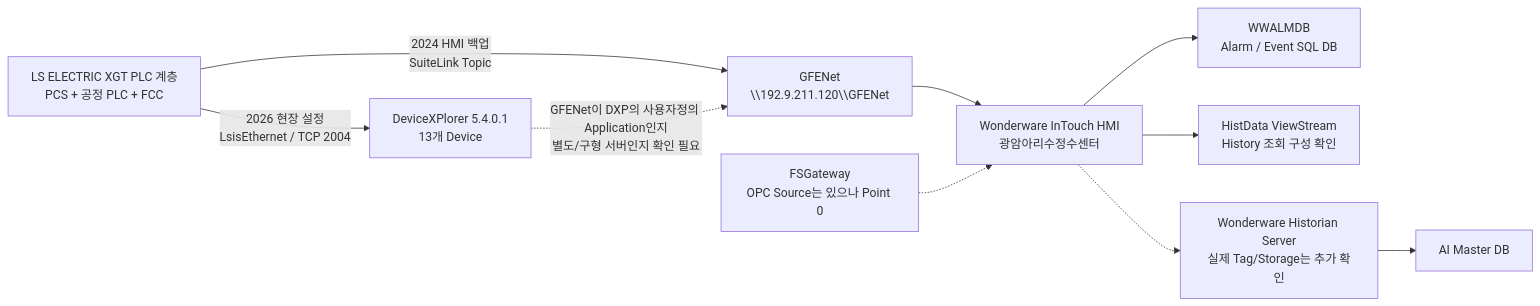
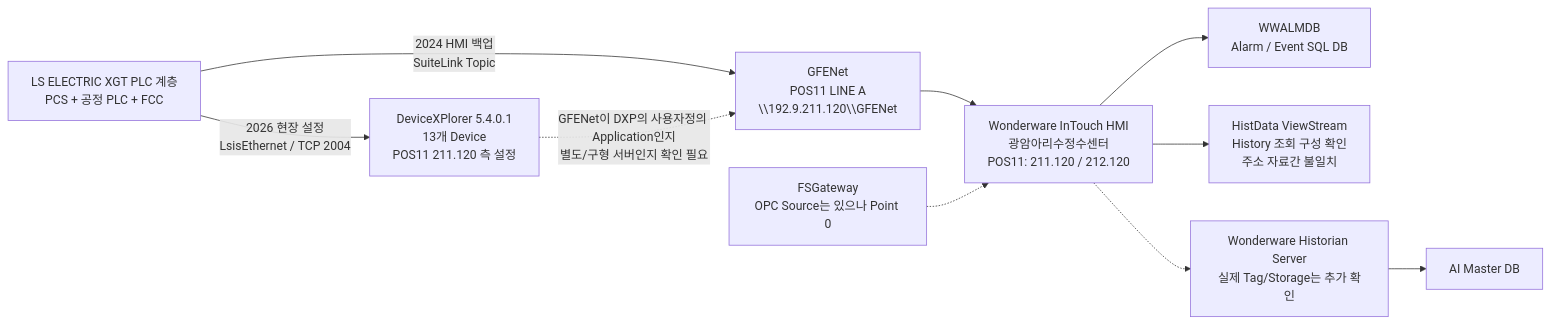
The diagram in 20-Water-AI/광암/00-광암-홈.md (hori5000/Rulmera-OPA), drawn with Mermaid before and after one commit. The commit also changed other lines of this file and 171 other files, not shown here.

````diff
--- a/20-Water-AI/광암/00-광암-홈.md
+++ b/20-Water-AI/광암/00-광암-홈.md
@@ -33,12 +37,12 @@
 ```mermaid
 flowchart LR
-    PLC["LS ELECTRIC XGT PLC 계층<br/>PCS + 공정 PLC + FCC"] -->|"2026 현장 설정<br/>LsisEthernet / TCP 2004"| DXP["DeviceXPlorer 5.4.0.1<br/>13개 Device"]
-    PLC -->|"2024 HMI 백업<br/>SuiteLink Topic"| GF["GFENet<br/>\\192.9.211.120\\GFENet"]
+    PLC["LS ELECTRIC XGT PLC 계층<br/>PCS + 공정 PLC + FCC"] -->|"2026 현장 설정<br/>LsisEthernet / TCP 2004"| DXP["DeviceXPlorer 5.4.0.1<br/>13개 Device<br/>POS11 211.120 측 설정"]
+    PLC -->|"2024 HMI 백업<br/>SuiteLink Topic"| GF["GFENet<br/>POS11 LINE A<br/>\\192.9.211.120\\GFENet"]
     DXP -.->|"GFENet이 DXP의 사용자정의 Application인지<br/>별도/구형 서버인지 확인 필요"| GF
-    GF --> IT["Wonderware InTouch HMI<br/>광암아리수정수센터"]
+    GF --> IT["Wonderware InTouch HMI<br/>광암아리수정수센터<br/>POS11: 211.120 / 212.120"]
     FSG["FSGateway<br/>OPC Source는 있으나 Point 0"] -.-> IT
     IT --> ALM["WWALMDB<br/>Alarm / Event SQL DB"]
-    IT --> HD["HistData ViewStream<br/>History 조회 구성 확인"]
+    IT --> HD["HistData ViewStream<br/>History 조회 구성 확인<br/>주소 자료간 불일치"]
     IT -.-> HIST["Wonderware Historian Server<br/>실제 Tag/Storage는 추가 확인"]
     HIST --> MASTER["AI Master DB"]
 ```
````
